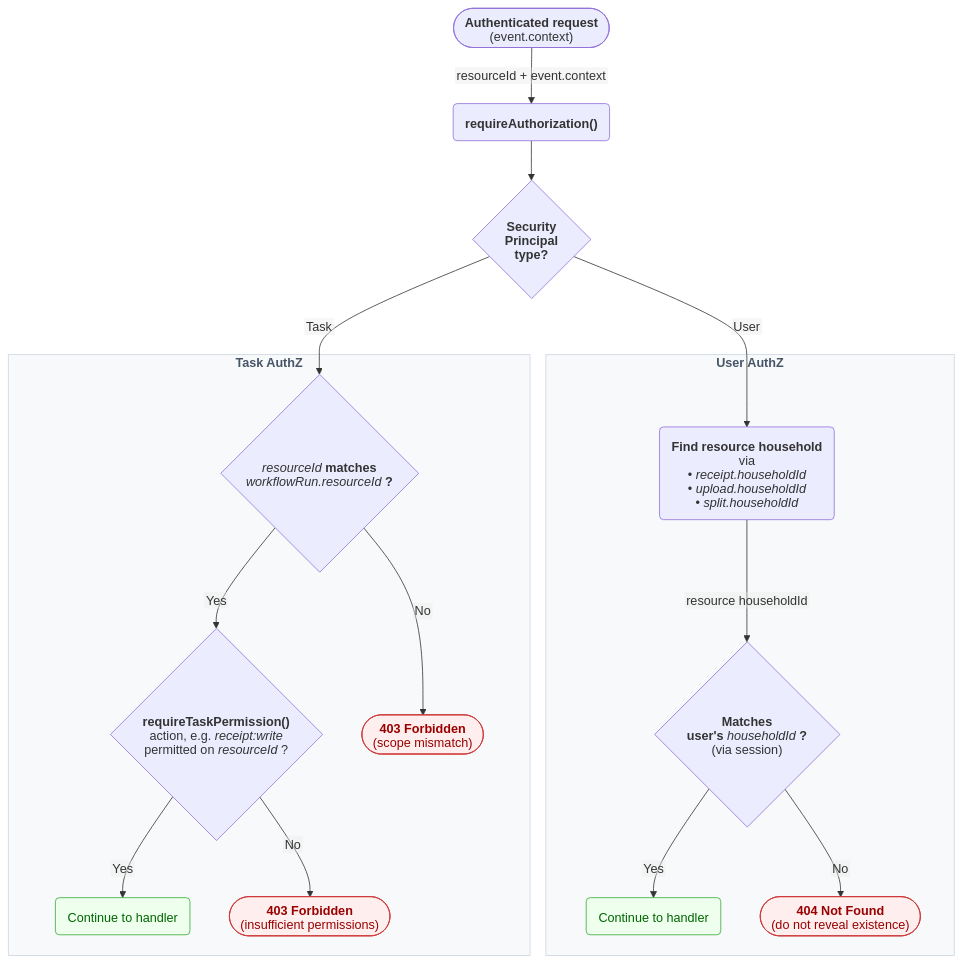
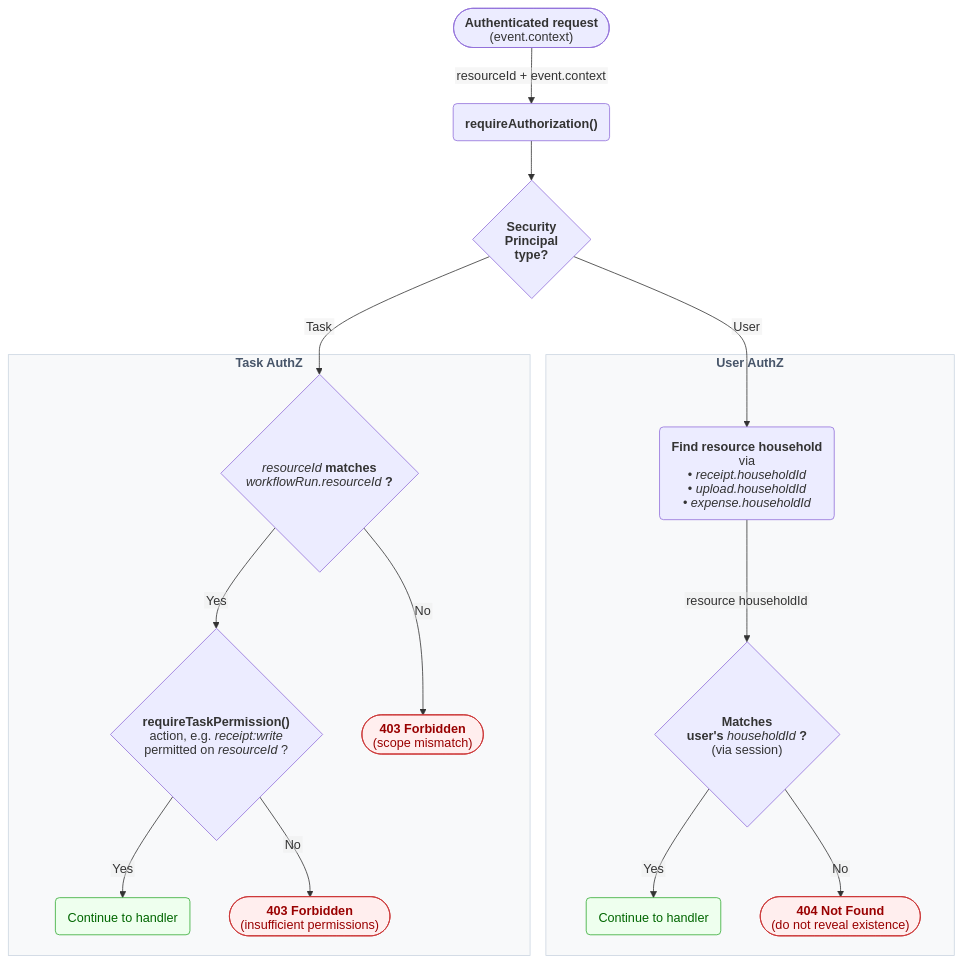
Before and after one commit to julie-ng/tally-split-ai: the second of 3 diagrams in docs/SECURITY.md, drawn with Mermaid. The commit also changed other lines of this file and 99 other files, not shown here.

````diff
--- a/docs/SECURITY.md
+++ b/docs/SECURITY.md
@@ -153,60 +153,60 @@
 ```mermaid
 ---
 config:
   htmlLabels: false
 ---
 flowchart TD
     Req(["`**Authenticated request**
     (event.context)`"])
     Req -->|"resourceId + event.context"| AuthZ("`**requireAuthorization()**`")
     AuthZ -->Principal{"`**Security 
     Principal
     type?**`"}
 
     subgraph user ["`**User AuthZ**`"]
         UScope("`**Find resource household** via
         • _receipt.householdId_
         • _upload.householdId_
-        • _split.householdId_`")
+        • _expense.householdId_`")
         UMatch{"`**Matches 
         user's _householdId_?**
         (via session)`"}
         UOk("`Continue to handler`")
         URej(["`**404 Not Found**
         (do not reveal existence)`"])
 
         UScope -->|resource householdId| UMatch
         UMatch -->|Yes| UOk
         UMatch -->|No| URej
     end
 
     subgraph task ["`**Task AuthZ**`"]
         TScope{"`**_resourceId_ matches
         _workflowRun.resourceId_?**`"}
         TPerm{"`**requireTaskPermission()**
         action, e.g. _receipt:write_
         permitted on _resourceId_?`"}
         TOk("`Continue to handler`")
         TRejScope(["`**403 Forbidden**
         (scope mismatch)`"])
         TRejPerm(["`**403 Forbidden**
         (insufficient permissions)`"])
 
         TScope -->|Yes| TPerm
         TScope -->|No| TRejScope
         TPerm -->|Yes| TOk
         TPerm -->|No| TRejPerm
     end
 
     Principal -->|User| UScope
     Principal -->|Task| TScope
 
     classDef reject fill:#fee,stroke:#c33,color:#900
     class URej,TRejScope,TRejPerm reject
 
     classDef ok fill:#efe,stroke:#3a3,color:#060
     class UOk,TOk ok
 
     classDef cluster fill:#f8f9fa,stroke:#cbd5e1,color:#475569
     class user,task cluster
 ```
````
